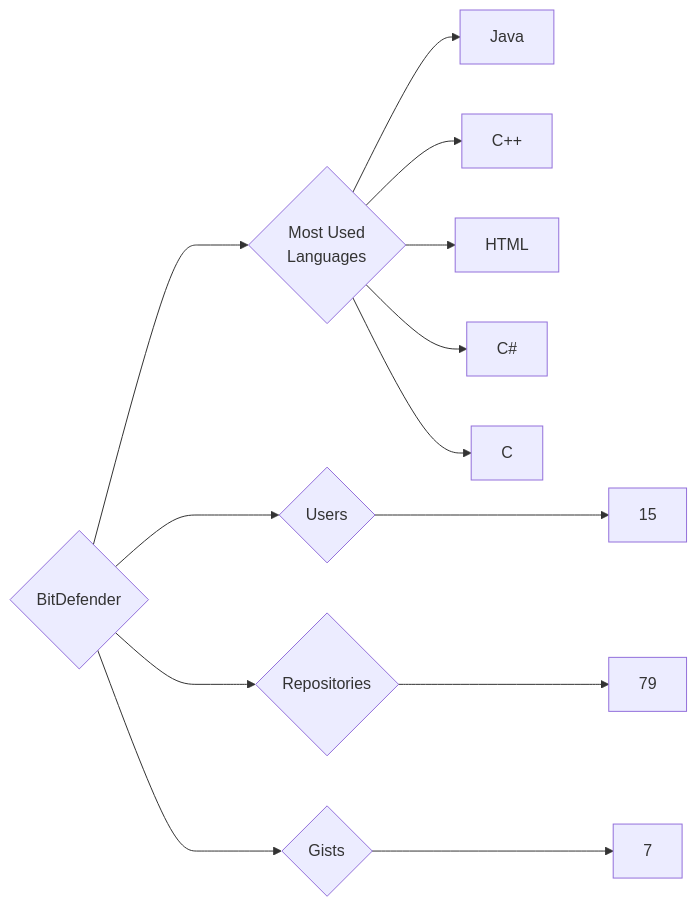
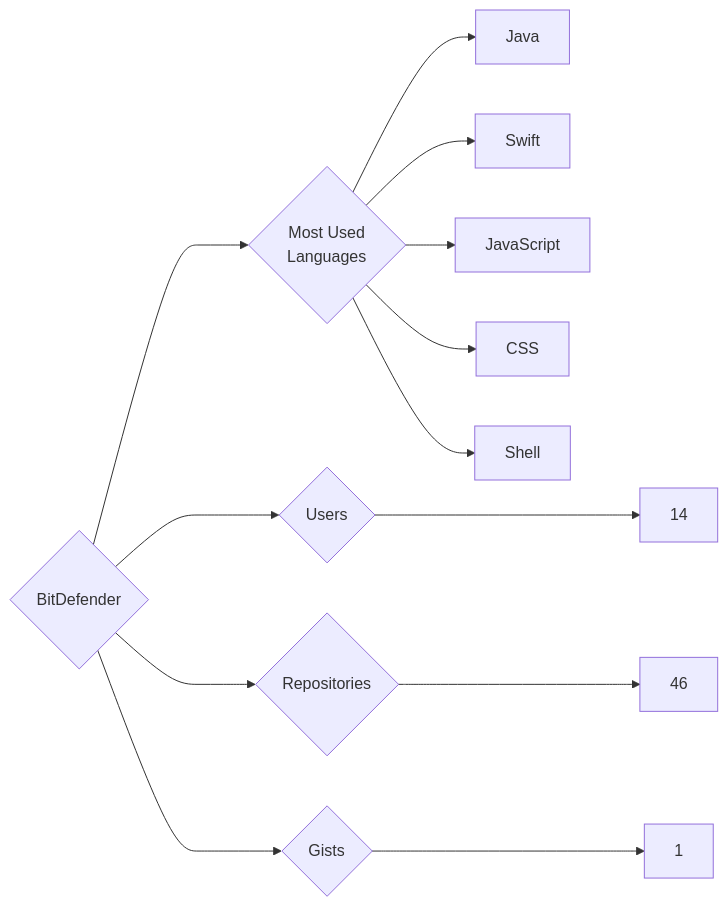
The diagram in targets/BitDefender/README.md (trickest/insiders), drawn with Mermaid before and after one commit. The commit also changed 682 other files, not shown here.

````diff
--- a/targets/BitDefender/README.md
+++ b/targets/BitDefender/README.md
@@ -3,13 +3,13 @@
 ```mermaid
 graph LR
 COMPANY_NAME{BitDefender}
-COMPANY_NAME ---> U{Users} ---> UN[15]
-COMPANY_NAME ---> R{Repositories} ---> RN[79]
-COMPANY_NAME ---> G{Gists} ---> GN[7]
+COMPANY_NAME ---> U{Users} ---> UN[14]
+COMPANY_NAME ---> R{Repositories} ---> RN[46]
+COMPANY_NAME ---> G{Gists} ---> GN[1]
 COMPANY_NAME ---> ML{Most Used<br>Languages}
 ML --> Java[Java]
-ML --> C++[C++]
-ML --> HTML[HTML]
-ML --> C#[C#]
-ML --> C[C]
+ML --> Swift[Swift]
+ML --> JavaScript[JavaScript]
+ML --> CSS[CSS]
+ML --> Shell[Shell]
 ```
````
